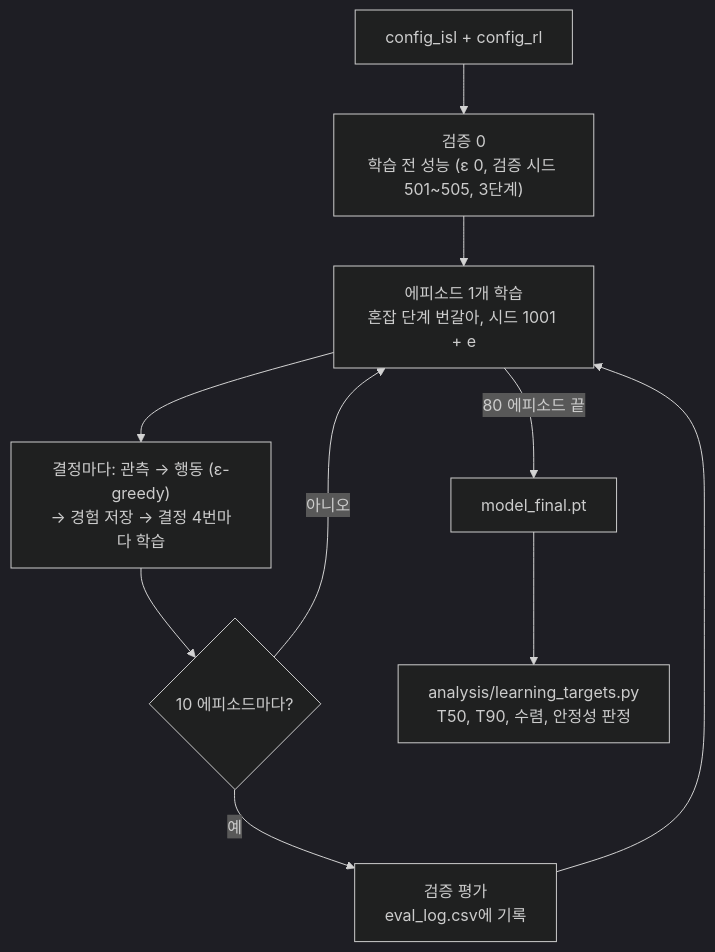
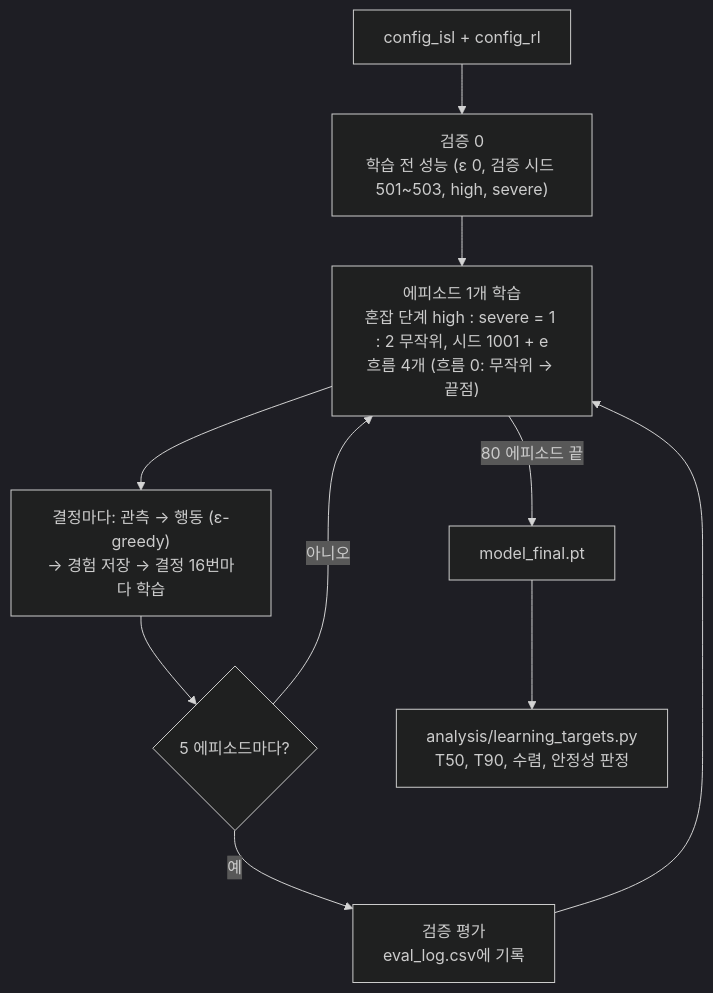
One commit to 26-2-capstone2/26-2capstone2 changed the fourth of 5 diagrams in flow.md. Above: the diagram before and after it, drawn with Mermaid (dark theme). The commit also changed other lines of this file and 43 other files, not shown here.

````diff
--- a/flow.md
+++ b/flow.md
@@ -119,12 +119,12 @@
 ```mermaid
 flowchart TD
-    A["config_isl + config_rl"] --> V0["검증 0<br/>학습 전 성능 (ε 0, 검증 시드 501~505, 3단계)"]
-    V0 --> EP["에피소드 1개 학습<br/>혼잡 단계 번갈아, 시드 1001 + e"]
-    EP --> X["결정마다: 관측 → 행동 (ε-greedy)<br/>→ 경험 저장 → 결정 4번마다 학습"]
-    X --> EP2{"10 에피소드마다?"}
+    A["config_isl + config_rl"] --> V0["검증 0<br/>학습 전 성능 (ε 0, 검증 시드 501~503, high, severe)"]
+    V0 --> EP["에피소드 1개 학습<br/>혼잡 단계 high : severe = 1 : 2 무작위, 시드 1001 + e<br/>흐름 4개 (흐름 0: 무작위 → 끝점)"]
+    EP --> X["결정마다: 관측 → 행동 (ε-greedy)<br/>→ 경험 저장 → 결정 16번마다 학습"]
+    X --> EP2{"5 에피소드마다?"}
     EP2 -- "예" --> V["검증 평가<br/>eval_log.csv에 기록"]
     EP2 -- "아니오" --> EP
     V --> EP
     EP -- "80 에피소드 끝" --> F["model_final.pt"]
     F --> LT["analysis/learning_targets.py<br/>T50, T90, 수렴, 안정성 판정"]
 ```
````
